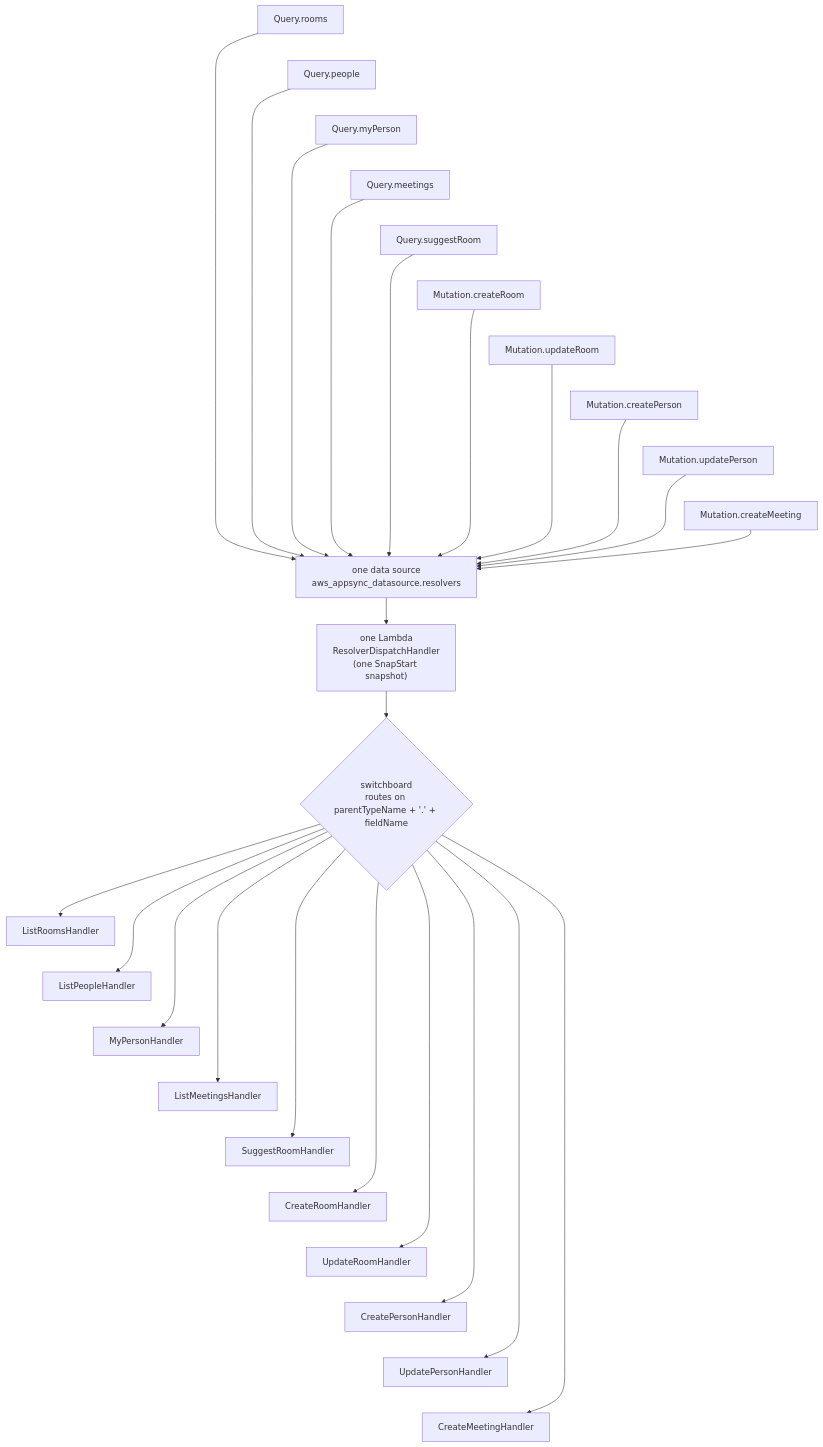
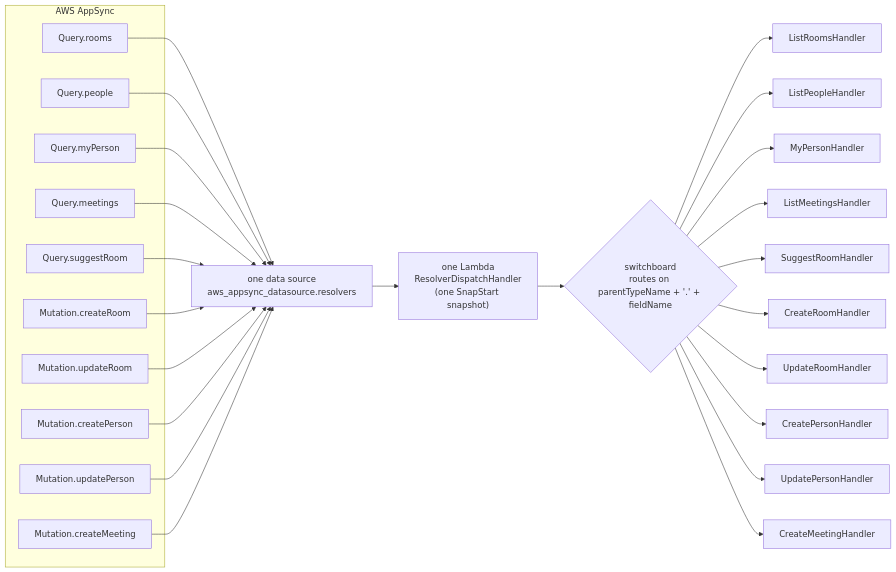
One commit to geoffweatherall/mootmaker-api changed the second of 2 diagrams in impl/switching-to-a-switchboard-lambda.md. Above: the diagram before and after it, drawn with Mermaid. The commit also changed other lines of this file, not shown here.

````diff
--- a/impl/switching-to-a-switchboard-lambda.md
+++ b/impl/switching-to-a-switchboard-lambda.md
@@ -63,47 +67,29 @@
 ```mermaid
-flowchart TB
-    Q1["Query.rooms"]
-    Q1 ~~~ Q2["Query.people"]
-    Q2 ~~~ Q3["Query.myPerson"]
-    Q3 ~~~ Q4["Query.meetings"]
-    Q4 ~~~ Q5["Query.suggestRoom"]
-    Q5 ~~~ M1["Mutation.createRoom"]
-    M1 ~~~ M2["Mutation.updateRoom"]
-    M2 ~~~ M3["Mutation.createPerson"]
-    M3 ~~~ M4["Mutation.updatePerson"]
-    M4 ~~~ M5["Mutation.createMeeting"]
+flowchart LR
+    subgraph AppSync["AWS AppSync"]
+        Q1["Query.rooms"]
+        Q2["Query.people"]
+        Q3["Query.myPerson"]
+        Q4["Query.meetings"]
+        Q5["Query.suggestRoom"]
+        M1["Mutation.createRoom"]
+        M2["Mutation.updateRoom"]
+        M3["Mutation.createPerson"]
+        M4["Mutation.updatePerson"]
+        M5["Mutation.createMeeting"]
+    end
 
-    Q1 --> DS["one data source\naws_appsync_datasource.resolvers"]
-    Q2 --> DS
-    Q3 --> DS
-    Q4 --> DS
-    Q5 --> DS
-    M1 --> DS
-    M2 --> DS
-    M3 --> DS
-    M4 --> DS
-    M5 --> DS
-
+    Q1 & Q2 & Q3 & Q4 & Q5 & M1 & M2 & M3 & M4 & M5 --> DS["one data source\naws_appsync_datasource.resolvers"]
     DS --> L["one Lambda\nResolverDispatchHandler\n(one SnapStart snapshot)"]
     L --> SB{"switchboard\nroutes on parentTypeName + '.' + fieldName"}
-
     SB --> H1["ListRoomsHandler"]
-    H1 ~~~ H2["ListPeopleHandler"]
-    SB --> H2
-    H2 ~~~ H3["MyPersonHandler"]
-    SB --> H3
-    H3 ~~~ H4["ListMeetingsHandler"]
-    SB --> H4
-    H4 ~~~ H5["SuggestRoomHandler"]
-    SB --> H5
-    H5 ~~~ H6["CreateRoomHandler"]
-    SB --> H6
-    H6 ~~~ H7["UpdateRoomHandler"]
-    SB --> H7
-    H7 ~~~ H8["CreatePersonHandler"]
-    SB --> H8
-    H8 ~~~ H9["UpdatePersonHandler"]
-    SB --> H9
-    H9 ~~~ H10["CreateMeetingHandler"]
-    SB --> H10
+    SB --> H2["ListPeopleHandler"]
+    SB --> H3["MyPersonHandler"]
+    SB --> H4["ListMeetingsHandler"]
+    SB --> H5["SuggestRoomHandler"]
+    SB --> H6["CreateRoomHandler"]
+    SB --> H7["UpdateRoomHandler"]
+    SB --> H8["CreatePersonHandler"]
+    SB --> H9["UpdatePersonHandler"]
+    SB --> H10["CreateMeetingHandler"]
 ```
````
